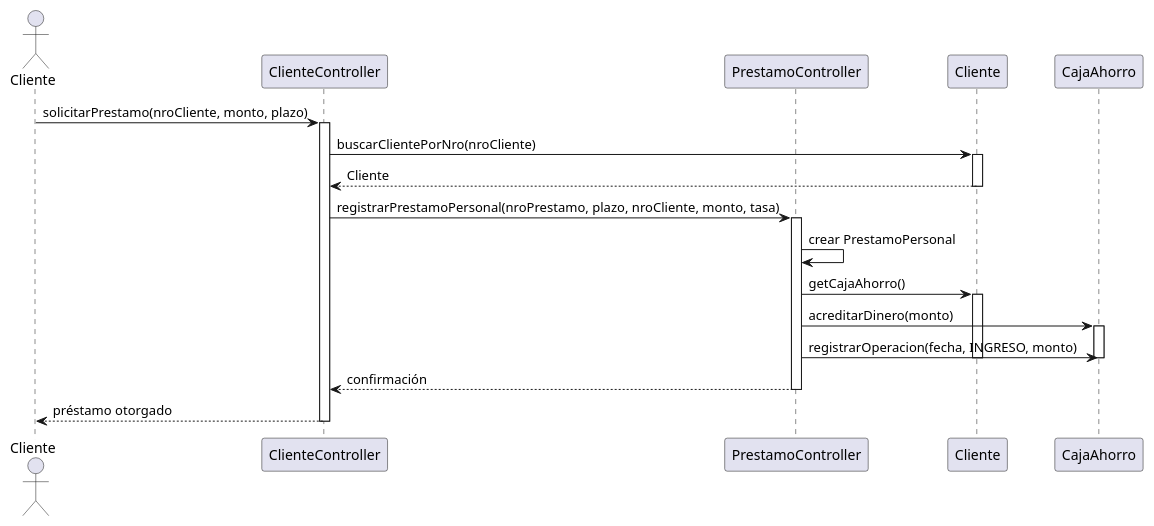
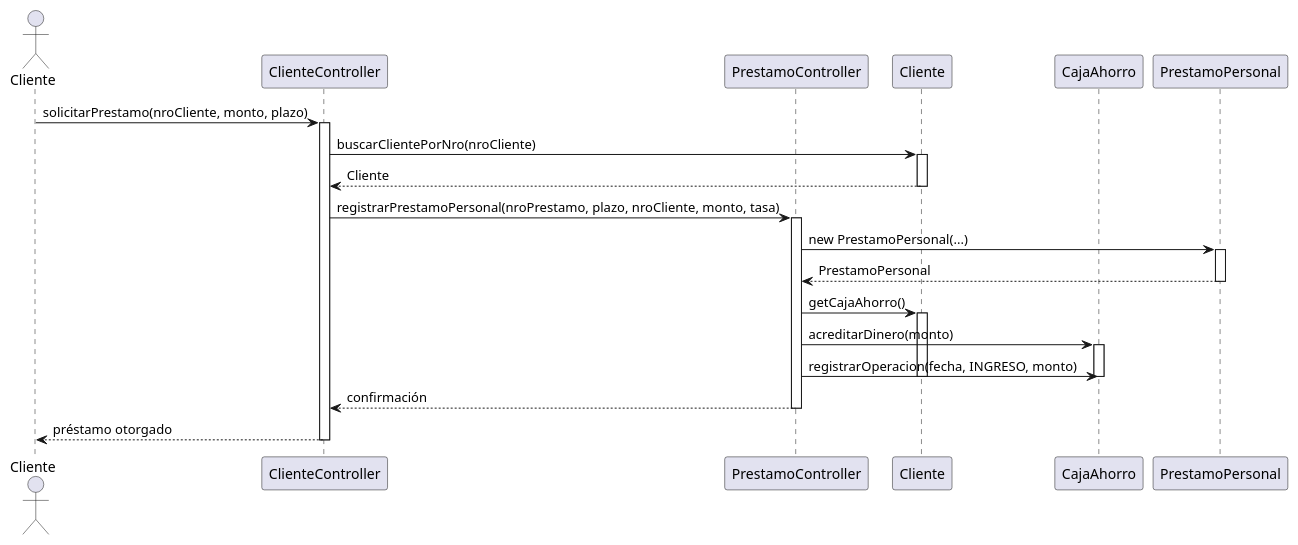
Before and after one commit to CoachEmilio/FinalAdelantadoPOO: the diagram in src/main/java/org/uade/diagrams/SolicitarPrestamoPersonal.puml, drawn with PlantUML. The commit also changed 2 other files, not shown here.

Commit message:
Update Sequence Diagrams & new implementations with professor's feedback

```diff
--- a/src/main/java/org/uade/diagrams/SolicitarPrestamoPersonal.puml
+++ b/src/main/java/org/uade/diagrams/SolicitarPrestamoPersonal.puml
@@ -1,44 +1,48 @@
 @startuml
 actor Cliente
 participant "ClienteController" as CC
 participant "PrestamoController" as PC
 participant "Cliente" as C
 participant "CajaAhorro" as CA
+participant "PrestamoPersonal" as PP
 
 ' El cliente inicia la solicitud de préstamo personal
 Cliente -> CC: solicitarPrestamo(nroCliente, monto, plazo)
 activate CC
 
 ' El controller busca el cliente por su número
 CC -> C: buscarClientePorNro(nroCliente)
 activate C
 CC <-- C: Cliente
 deactivate C
 
 ' El controller delega la creación del préstamo personal
 CC -> PC: registrarPrestamoPersonal(nroPrestamo, plazo, nroCliente, monto, tasa)
 activate PC
 
-' Se crea el objeto PrestamoPersonal
-PC -> PC: crear PrestamoPersonal
+' Se crea la instancia concreta de PrestamoPersonal
+PC -> PP: new PrestamoPersonal(...)
+activate PP
+PC <-- PP: PrestamoPersonal
+deactivate PP
 
 ' Se acredita el dinero en la caja de ahorro del cliente
 PC -> C: getCajaAhorro()
 activate C
 PC -> CA: acreditarDinero(monto)
 activate CA
 
 ' Se registra la operación de ingreso en la caja de ahorro
 PC -> CA: registrarOperacion(fecha, INGRESO, monto)
 deactivate CA
 deactivate C
 
 ' Se confirma la operación al controller
 PC --> CC: confirmación
 deactivate PC
 
 ' El controller informa al cliente que el préstamo fue otorgado
 CC --> Cliente: préstamo otorgado
 deactivate CC
 
 @enduml
```
